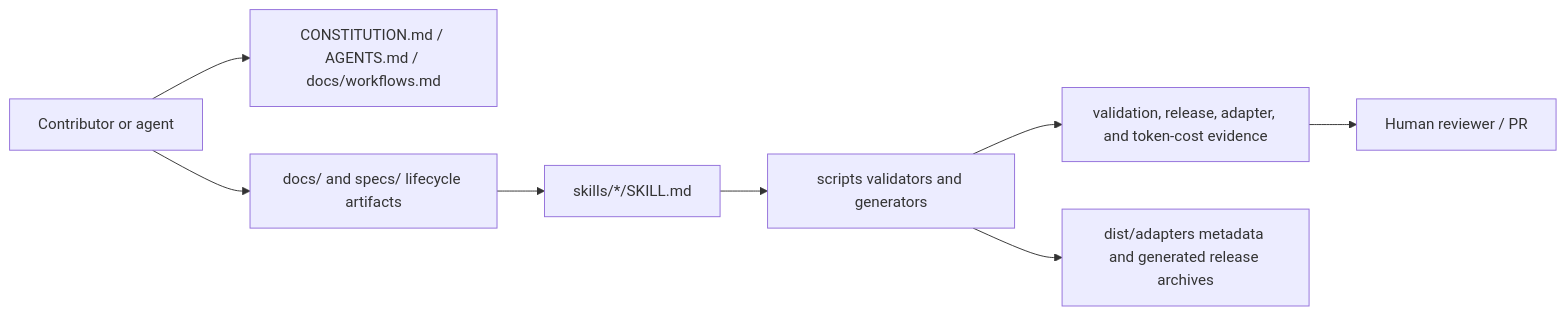
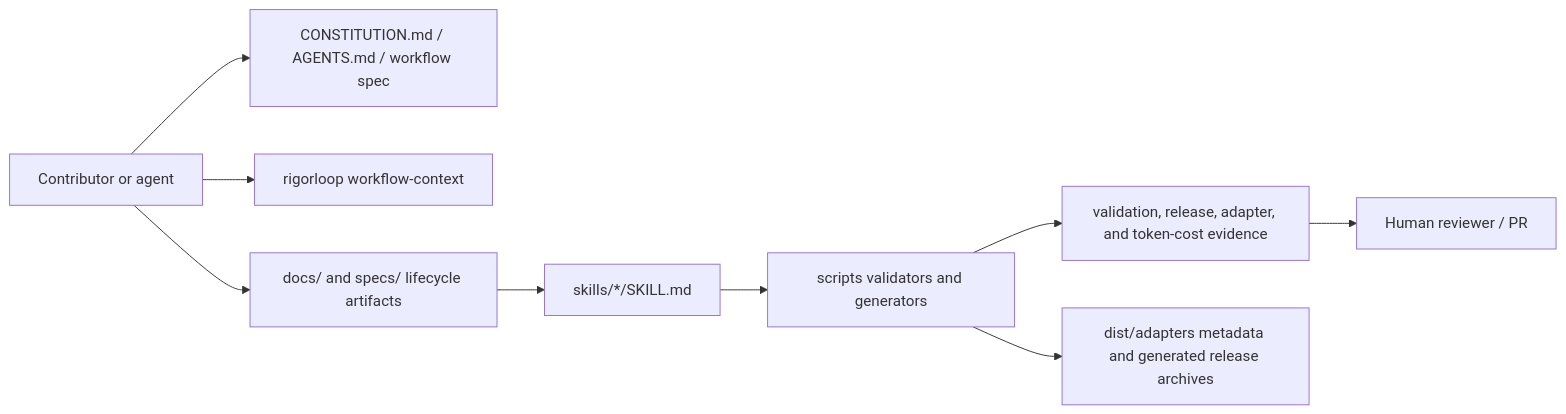
The first of 2 diagrams in docs/project-map.md (xiongxianfei/rigorloop), drawn with Mermaid before and after one commit. The commit also changed other lines of this file and 57 other files, not shown here.

````diff
--- a/docs/project-map.md
+++ b/docs/project-map.md
@@ -36,10 +35,11 @@
 ```mermaid
 flowchart LR
-  Contributor[Contributor or agent] --> Governance[CONSTITUTION.md / AGENTS.md / docs/workflows.md]
+  Contributor[Contributor or agent] --> Governance[CONSTITUTION.md / AGENTS.md / workflow spec]
+  Contributor --> Context[rigorloop workflow-context]
   Contributor --> Lifecycle[docs/ and specs/ lifecycle artifacts]
   Lifecycle --> Skills[skills/*/SKILL.md]
   Skills --> Scripts[scripts validators and generators]
   Scripts --> Evidence[validation, release, adapter, and token-cost evidence]
   Scripts --> Adapters[dist/adapters metadata and generated release archives]
   Evidence --> Reviewer[Human reviewer / PR]
 ```
````
